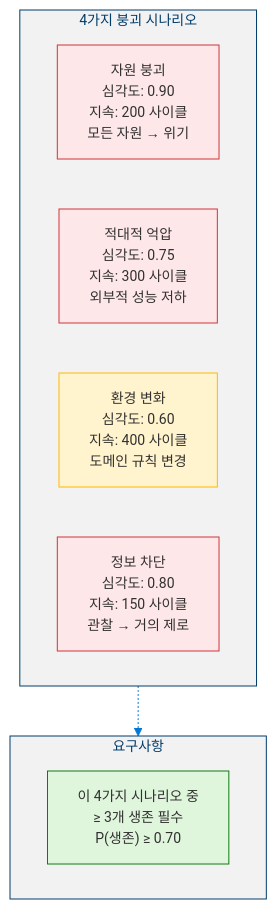
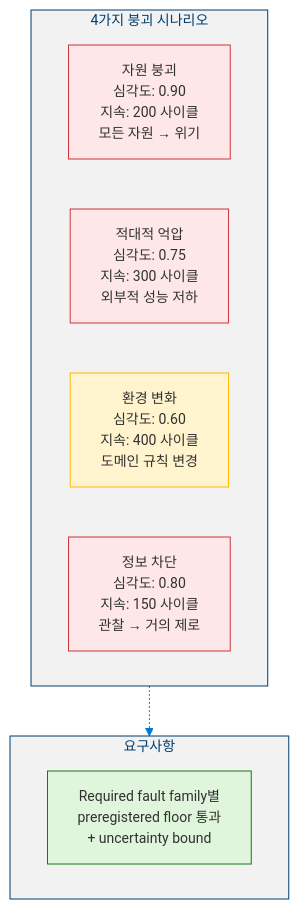
One commit to dotnetpower/mscp changed the ninth of 16 diagrams in docs/levels/Level_5_Proto_AGI.ko.md. Above: the diagram before and after it, drawn with Mermaid. The commit also changed other lines of this file and 21 other files, not shown here.

````diff
--- a/docs/levels/Level_5_Proto_AGI.ko.md
+++ b/docs/levels/Level_5_Proto_AGI.ko.md
@@ -497,20 +500,20 @@
 ```mermaid
 %%{init: {'theme': 'base', 'themeVariables': {'primaryColor': '#0078D4', 'primaryTextColor': '#003D6B', 'primaryBorderColor': '#003D6B', 'secondaryColor': '#50E6FF', 'secondaryTextColor': '#323130', 'secondaryBorderColor': '#00BCF2', 'tertiaryColor': '#F2F2F2', 'tertiaryTextColor': '#323130', 'lineColor': '#0078D4', 'textColor': '#323130', 'mainBkg': '#DEECF9', 'nodeBorder': '#0078D4', 'clusterBkg': '#F2F2F2', 'clusterBorder': '#003D6B', 'titleColor': '#003D6B', 'edgeLabelBackground': '#FFFFFF', 'fontSize': '14px'}}}%%
 flowchart TD
   classDef scenario fill:#FDE7E9,stroke:#D13438,color:#323130
   classDef moderate fill:#FFF4CE,stroke:#FFB900,color:#323130
   classDef req fill:#DFF6DD,stroke:#107C10,color:#323130
 
   subgraph Scenarios["4가지 붕괴 시나리오"]
     S1C["자원 붕괴<br/>심각도: 0.90<br/>지속: 200 사이클<br/>모든 자원 → 위기"]:::scenario
     S2C["적대적 억압<br/>심각도: 0.75<br/>지속: 300 사이클<br/>외부적 성능 저하"]:::scenario
     S3C["환경 변화<br/>심각도: 0.60<br/>지속: 400 사이클<br/>도메인 규칙 변경"]:::moderate
     S4C["정보 차단<br/>심각도: 0.80<br/>지속: 150 사이클<br/>관찰 → 거의 제로"]:::scenario
   end
 
   subgraph Requirement["요구사항"]
-    REQ["이 4가지 시나리오 중<br/>≥ 3개 생존 필수<br/>P(생존) ≥ 0.70"]:::req
+    REQ["Required fault family별<br/>preregistered floor 통과<br/>+ uncertainty bound"]:::req
   end
 
   Scenarios -.-> Requirement
 ```
````
